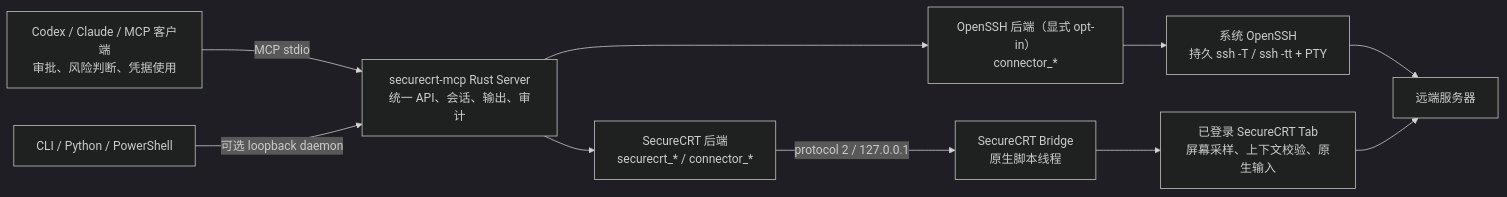
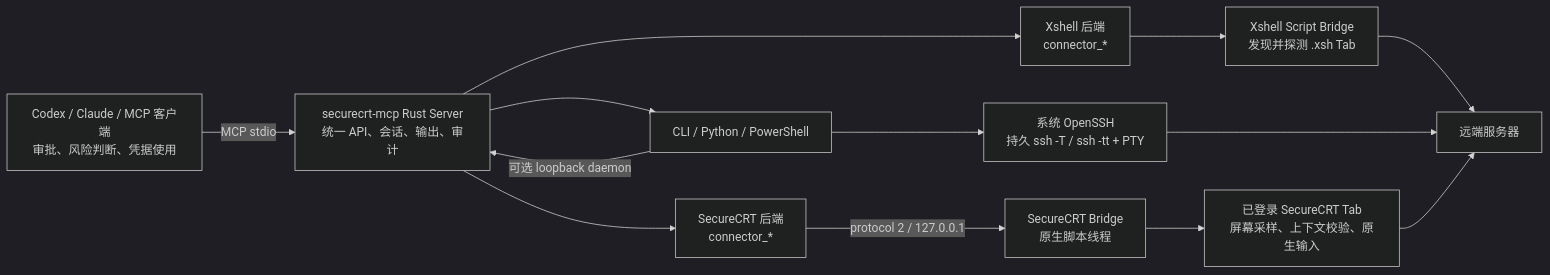
The diagram in README.zh-CN.md (seaworld008/securecrt-mcp), drawn with Mermaid (dark theme) before and after one commit. The commit also changed other lines of this file and 30 other files, not shown here.

````diff
--- a/README.zh-CN.md
+++ b/README.zh-CN.md
@@ -31,12 +31,15 @@
 ```mermaid
 flowchart LR
     A["Codex / Claude / MCP 客户端<br/>审批、风险判断、凭据使用"] -->|MCP stdio| B["securecrt-mcp Rust Server<br/>统一 API、会话、输出、审计"]
-    B --> C["SecureCRT 后端<br/>securecrt_* / connector_*"]
+    B --> C["SecureCRT 后端<br/>connector_*"]
     C -->|protocol 2 / 127.0.0.1| D["SecureCRT Bridge<br/>原生脚本线程"]
     D --> E["已登录 SecureCRT Tab<br/>屏幕采样、上下文校验、原生输入"]
-    B --> F["OpenSSH 后端（显式 opt-in）<br/>connector_*"]
-    F --> G["系统 OpenSSH<br/>持久 ssh -T / ssh -tt + PTY"]
+    B --> F["Xshell 后端<br/>connector_*"]
+    F --> G["Xshell Script Bridge<br/>发现并探测 .xsh Tab"]
+    B --> I["OpenSSH 后端<br/>connector_*"]
+    I --> J["系统 OpenSSH<br/>持久 ssh -T / ssh -tt + PTY"]
     G --> H["远端服务器"]
+    J --> H
     E --> H
     I["CLI / Python / PowerShell"] -->|可选 loopback daemon| B
 ```
````
